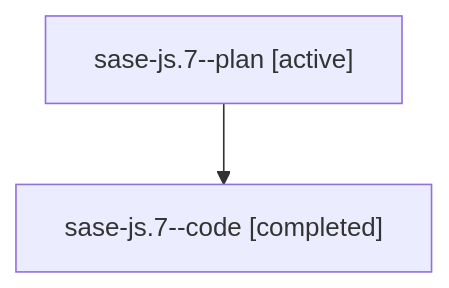
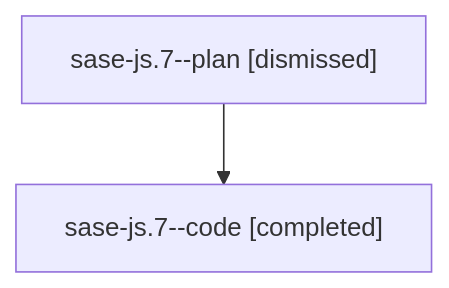
One commit to sase-org/sase--agents changed the diagram in sessions/bbugyi200.athena.sase-js.7.md. Above: the diagram before and after it, drawn with Mermaid. The commit also changed other lines of this file and 112 other files, not shown here.

````diff
--- a/sessions/bbugyi200.athena.sase-js.7.md
+++ b/sessions/bbugyi200.athena.sase-js.7.md
@@ -9,6 +9,6 @@
 ```mermaid
 flowchart TD
-  n0["sase-js.7--plan [active]"]
+  n0["sase-js.7--plan [dismissed]"]
   n1["sase-js.7--code [completed]"]
   n0 --> n1
 ```
````
